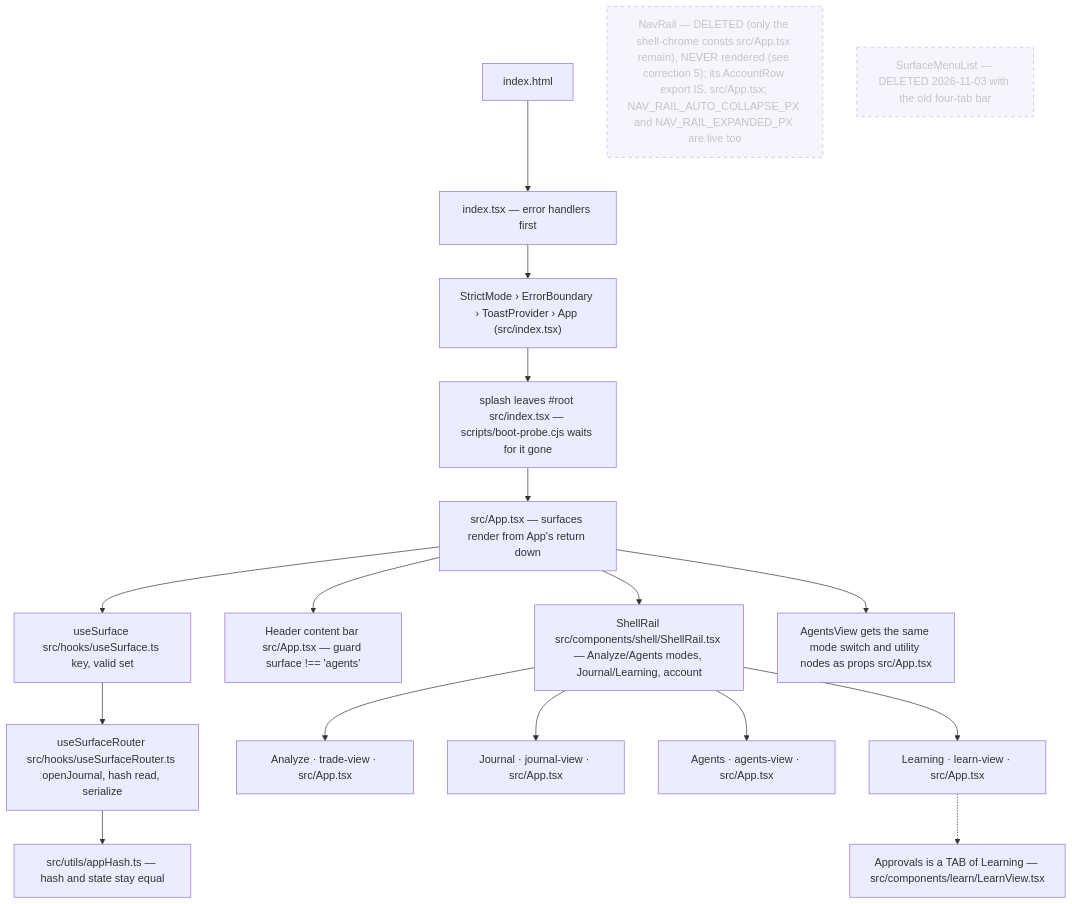
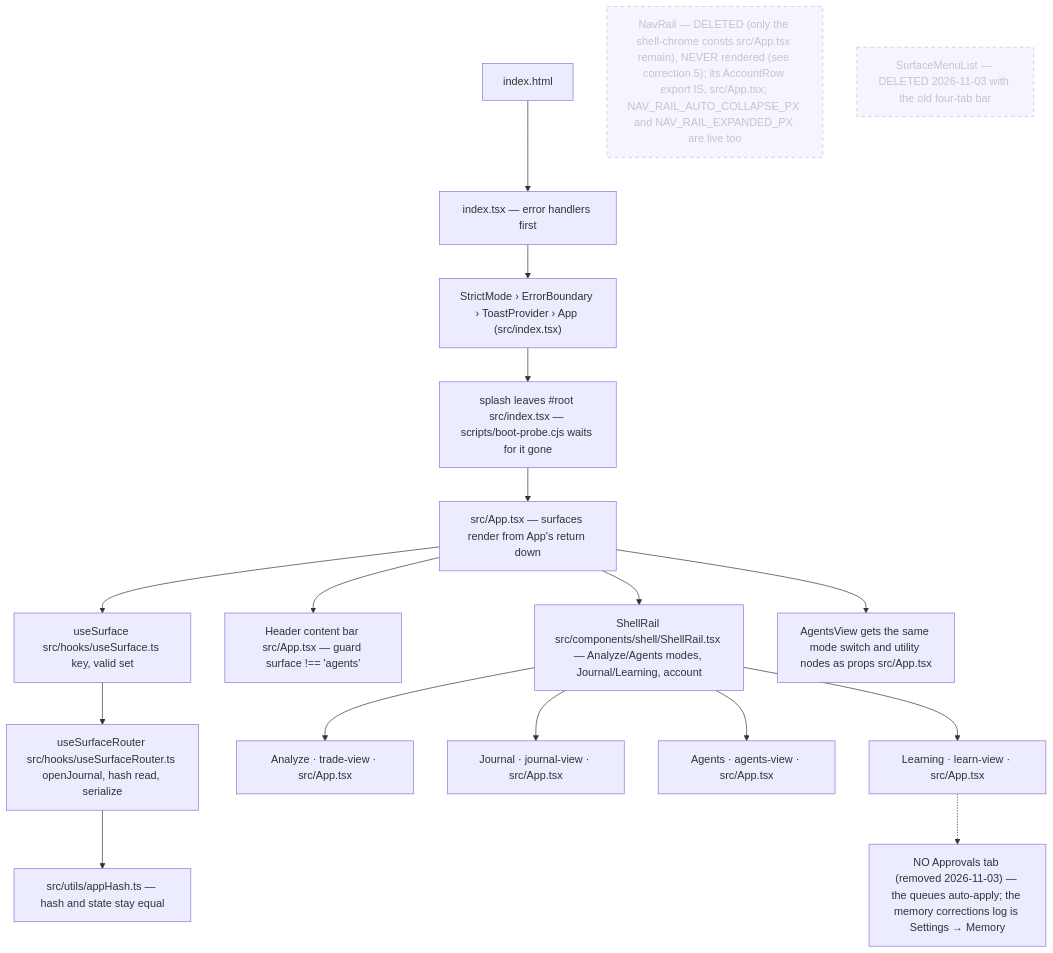
The first of 8 diagrams in docs/architecture/system-map.md (KILLER3UG/augustTrading), drawn with Mermaid before and after one commit. The commit also changed other lines of this file and 56 other files, not shown here.

First line of the commit message:
feat(desk): auto-apply skills, calibrate signals, heal turns

````diff
--- a/docs/architecture/system-map.md
+++ b/docs/architecture/system-map.md
@@ -19,21 +19,21 @@
 ```mermaid
 flowchart TD
     H["index.html"] --> I["index.tsx — error handlers first"]
     I --> S["StrictMode › ErrorBoundary › ToastProvider › App (src/index.tsx)"]
     S --> SP["splash leaves #root src/index.tsx — scripts/boot-probe.cjs waits for it gone"]
     SP --> APP["src/App.tsx — surfaces render from App's return down"]
     APP --> US["useSurface src/hooks/useSurface.ts key, valid set"]
     US --> UR["useSurfaceRouter src/hooks/useSurfaceRouter.ts openJournal, hash read, serialize"]
     UR --> HASH["src/utils/appHash.ts — hash and state stay equal"]
     APP --> HD["Header content bar src/App.tsx — guard surface !== 'agents' "]
     APP --> SR["ShellRail src/components/shell/ShellRail.tsx — Analyze/Agents modes, Journal/Learning, account"]
     APP --> AV["AgentsView gets the same mode switch and utility nodes as props src/App.tsx"]
     SR --> T["Analyze · trade-view · src/App.tsx"]
     SR --> J["Journal · journal-view · src/App.tsx"]
     SR --> C["Agents · agents-view · src/App.tsx"]
     SR --> K["Learning · learn-view · src/App.tsx"]
-    K -.-> AP["Approvals is a TAB of Learning — src/components/learn/LearnView.tsx"]
+    K -.-> AP["NO Approvals tab (removed 2026-11-03) — the queues auto-apply; the memory corrections log is Settings → Memory"]
     NR["NavRail — DELETED (only the shell-chrome consts src/App.tsx remain), NEVER rendered (see correction 5); its AccountRow export IS, src/App.tsx; NAV_RAIL_AUTO_COLLAPSE_PX and NAV_RAIL_EXPANDED_PX are live too"]:::dead
     SM["SurfaceMenuList — DELETED 2026-11-03 with the old four-tab bar"]:::dead
     classDef dead stroke-dasharray: 5 5,opacity:.5
 ```
````
